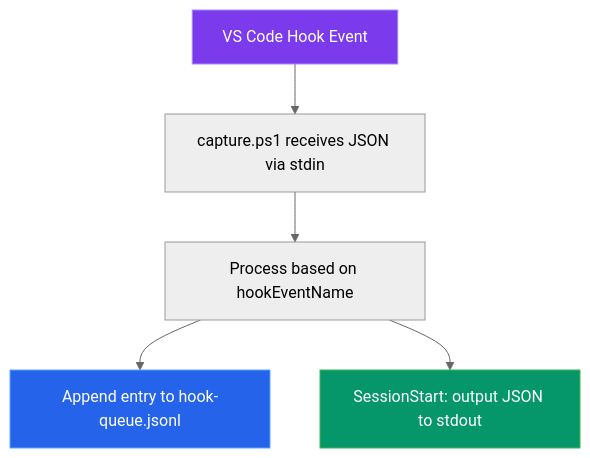
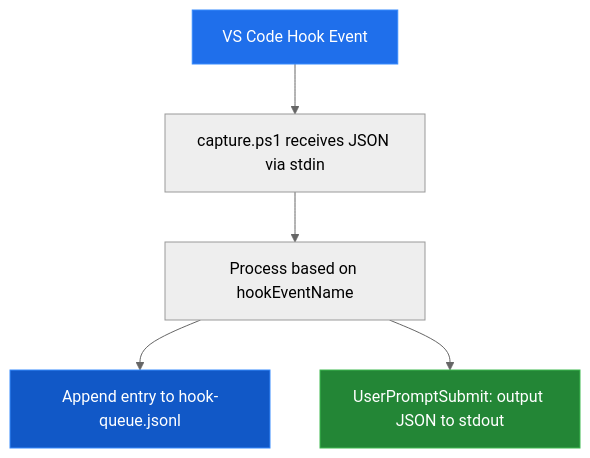
One commit to GittyHarsha/ContextManager changed the first of 2 diagrams in docs/architecture/hook-system.md. Above: the diagram before and after it, drawn with Mermaid (neutral theme). The commit also changed other lines of this file and 86 other files, not shown here.

```diff
--- a/docs/architecture/hook-system.md
+++ b/docs/architecture/hook-system.md
@@ -43,11 +44,11 @@
 <pre class="mermaid">
 graph TD
     A[VS Code Hook Event] --> B[capture.ps1 receives JSON via stdin]
     B --> C[Process based on hookEventName]
     C --> D[Append entry to hook-queue.jsonl]
-    C --> E[SessionStart: output JSON to stdout]
+    C --> E[UserPromptSubmit: output JSON to stdout]
 
-    style A fill:#7c3aed,stroke:#a78bfa,color:#fff
-    style D fill:#2563eb,stroke:#58a6ff,color:#fff
-    style E fill:#059669,stroke:#3fb950,color:#fff
+    style A fill:#1f6feb,stroke:#388bfd,color:#fff
+    style D fill:#1158c7,stroke:#388bfd,color:#fff
+    style E fill:#238636,stroke:#3fb950,color:#fff
 </pre>
```
